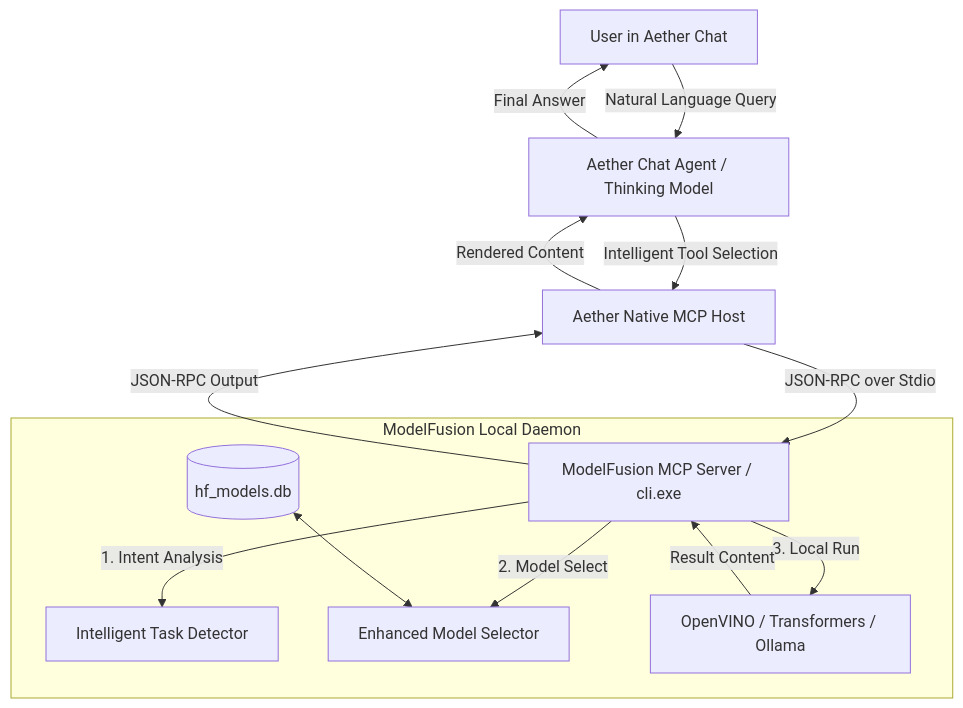
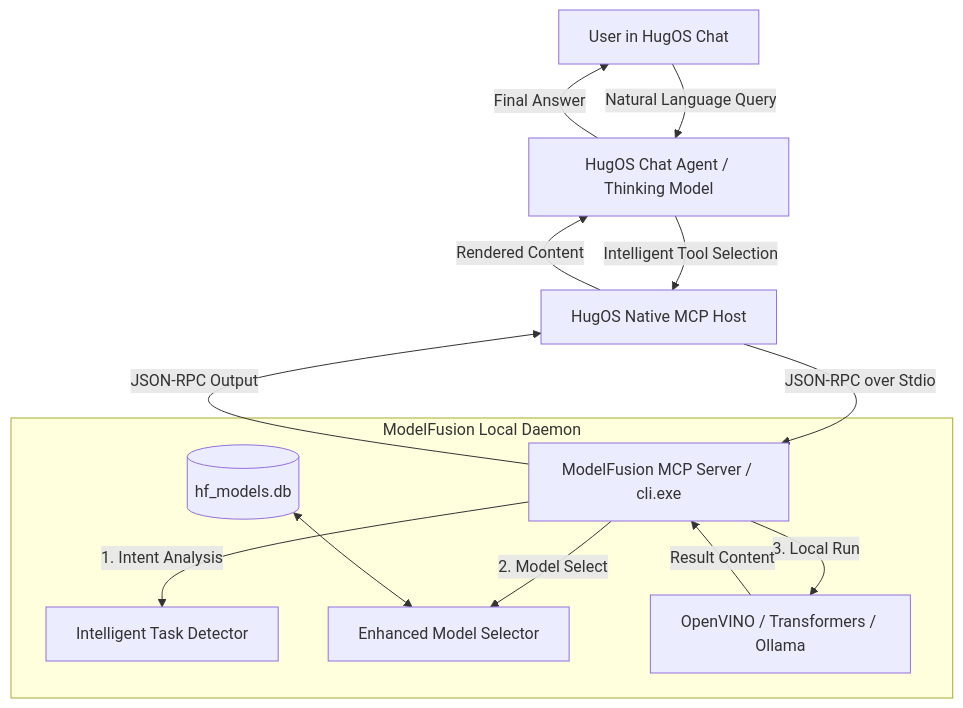
The diagram in IDE/README.md (oyesanyf/ModelFusion), drawn with Mermaid before and after one commit. The commit also changed other lines of this file and 18 other files, not shown here.

Commit message:
rebrand: rename Aether IDE to HugOS IDE across all configs, scripts, and docs

````diff
--- a/IDE/README.md
+++ b/IDE/README.md
@@ -16,18 +16,18 @@
 ```mermaid
 graph TD
-    User[User in Aether Chat] -->|Natural Language Query| Agent[Aether Chat Agent / Thinking Model]
-    Agent -->|Intelligent Tool Selection| Host[Aether Native MCP Host]
+    User[User in HugOS Chat] -->|Natural Language Query| Agent[HugOS Chat Agent / Thinking Model]
+    Agent -->|Intelligent Tool Selection| Host[HugOS Native MCP Host]
     Host -->|JSON-RPC over Stdio| Server[ModelFusion MCP Server / cli.exe]
     
     subgraph ModelFusion Local Daemon
         Server -->|1. Intent Analysis| Detector[Intelligent Task Detector]
         Server -->|2. Model Select| Selector[Enhanced Model Selector]
         Server -->|3. Local Run| Exec[OpenVINO / Transformers / Ollama]
         DB[(hf_models.db)] <--> Selector
     end
 
     Exec -->|Result Content| Server
     Server -->|JSON-RPC Output| Host
     Host -->|Rendered Content| Agent
     Agent -->|Final Answer| User
 ```
````
